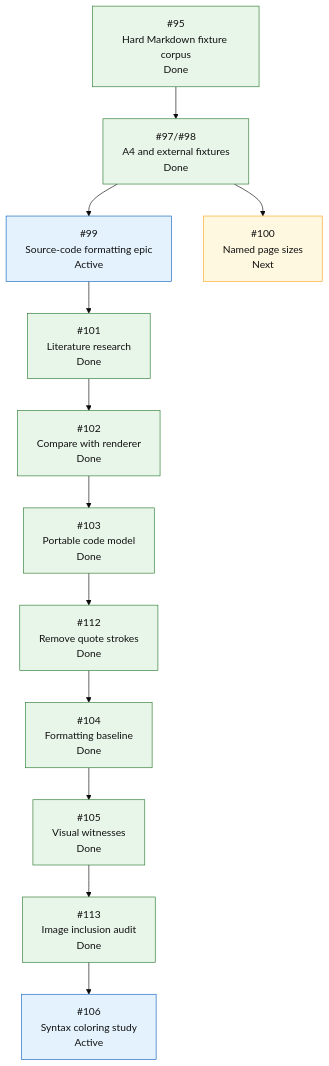
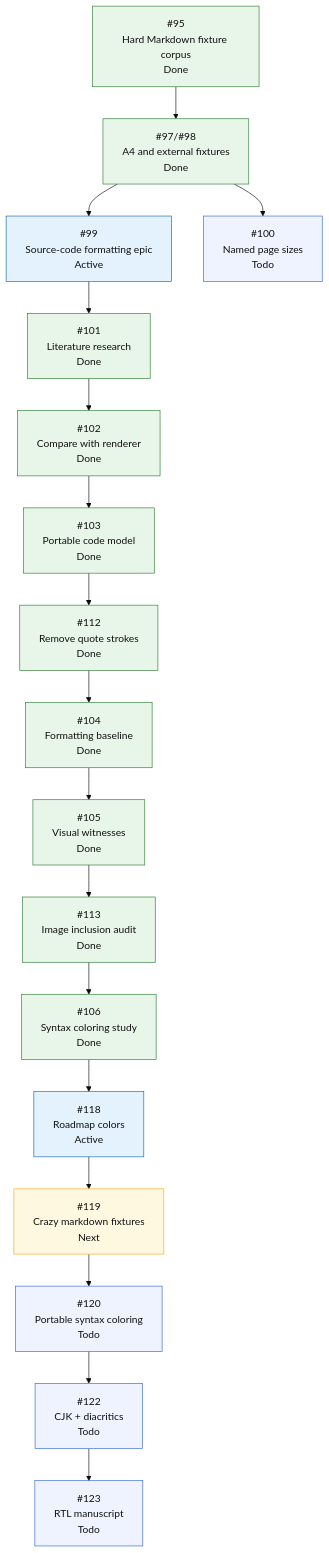
One commit to mihaelamj/MarkdownPDF changed the fifth of 5 diagrams in README.md. Above: the diagram before and after it, drawn with Mermaid (base theme).

Commit message:
docs(roadmap): refresh source formatting status
Closes #118. Part of #99.

````diff
--- a/README.md
+++ b/README.md
@@ -421,31 +421,37 @@
 ```mermaid
 flowchart TD
     H0["#95<br/>Hard Markdown fixture corpus<br/>Done"]
     H1["#97/#98<br/>A4 and external fixtures<br/>Done"]
     H2["#99<br/>Source-code formatting epic<br/>Active"]
     H2A["#101<br/>Literature research<br/>Done"]
     H2B["#102<br/>Compare with renderer<br/>Done"]
     H2C["#103<br/>Portable code model<br/>Done"]
     H2D["#112<br/>Remove quote strokes<br/>Done"]
     H2E["#104<br/>Formatting baseline<br/>Done"]
     H2F["#105<br/>Visual witnesses<br/>Done"]
     H2G["#113<br/>Image inclusion audit<br/>Done"]
-    H2H["#106<br/>Syntax coloring study<br/>Active"]
-    H3["#100<br/>Named page sizes<br/>Next"]
+    H2H["#106<br/>Syntax coloring study<br/>Done"]
+    H2I["#118<br/>Roadmap colors<br/>Active"]
+    H2J["#119<br/>Crazy markdown fixtures<br/>Next"]
+    H2K["#120<br/>Portable syntax coloring<br/>Todo"]
+    H2L["#122<br/>CJK + diacritics<br/>Todo"]
+    H2M["#123<br/>RTL manuscript<br/>Todo"]
+    H3["#100<br/>Named page sizes<br/>Todo"]
 
     H0 --> H1
     H1 --> H2
-    H2 --> H2A --> H2B --> H2C --> H2D --> H2E --> H2F --> H2G --> H2H
+    H2 --> H2A --> H2B --> H2C --> H2D --> H2E --> H2F --> H2G --> H2H --> H2I --> H2J --> H2K --> H2L --> H2M
     H1 --> H3
 
     classDef done fill:#e8f5e9,stroke:#2e7d32,color:#111;
     classDef active fill:#e3f2fd,stroke:#1565c0,color:#111;
     classDef review fill:#f3e5f5,stroke:#7b1fa2,color:#111;
     classDef next fill:#fff8e1,stroke:#f9a825,color:#111;
     classDef todo fill:#eef3ff,stroke:#3367d6,color:#111;
     class H0 done;
     class H1 done;
-    class H2,H2H active;
-    class H2A,H2B,H2C,H2D,H2E,H2F,H2G done;
-    class H3 next;
+    class H2,H2I active;
+    class H2A,H2B,H2C,H2D,H2E,H2F,H2G,H2H done;
+    class H2J next;
+    class H2K,H2L,H2M,H3 todo;
 ```
````
